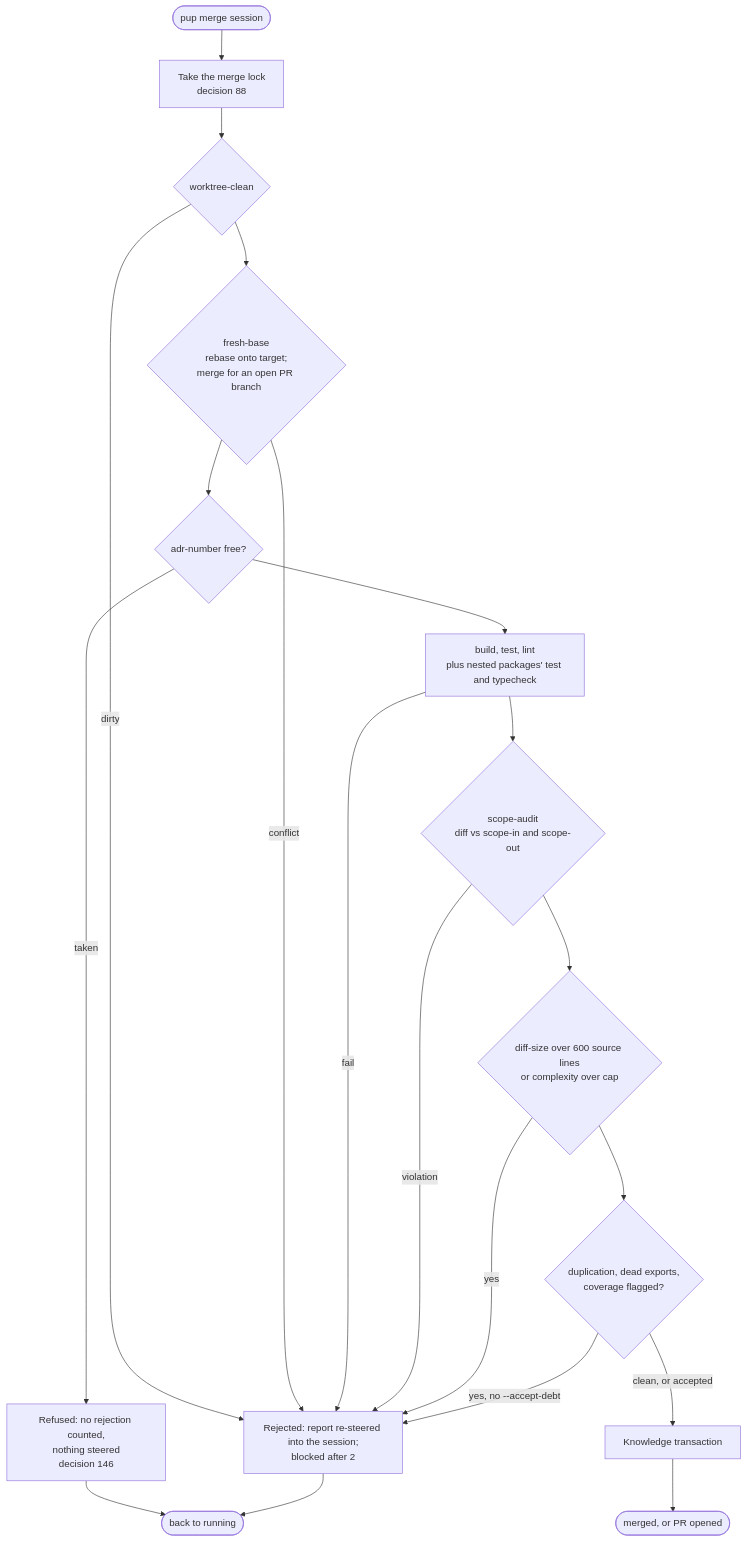
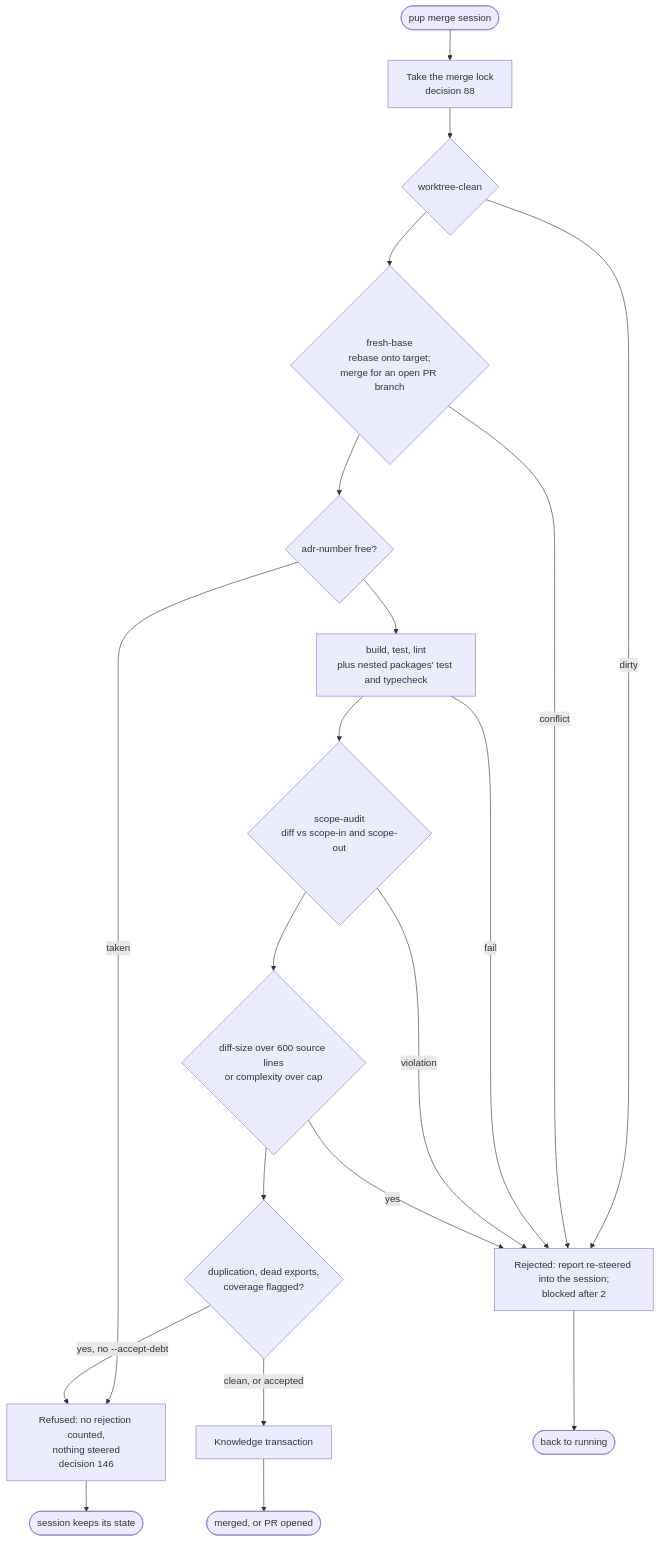
Before and after one commit to AlexisBalayre/pupitre: the first of 2 diagrams in docs/guide/gate-and-debt.md, drawn with Mermaid. The commit also changed 1 other file, not shown here.

Commit message:
docs(guide): the flagged-debt edge is a refusal that keeps the session's state; a blocked fix round returns to merged on kill

````diff
--- a/docs/guide/gate-and-debt.md
+++ b/docs/guide/gate-and-debt.md
@@ -9,22 +9,22 @@
 ```mermaid
 flowchart TD
   start([pup merge session]) --> lock[Take the merge lock<br/>decision 88]
   lock --> clean{worktree-clean}
   clean -->|dirty| rej
   clean --> base{fresh-base<br/>rebase onto target;<br/>merge for an open PR branch}
   base -->|conflict| rej
   base --> adr{adr-number free?}
   adr -->|taken| refuse[Refused: no rejection counted,<br/>nothing steered<br/>decision 146]
   adr --> hard[build, test, lint<br/>plus nested packages' test and typecheck]
   hard -->|fail| rej
   hard --> scope{scope-audit<br/>diff vs scope-in and scope-out}
   scope -->|violation| rej
   scope --> caps{diff-size over 600 source lines<br/>or complexity over cap}
   caps -->|yes| rej
   caps --> soft{duplication, dead exports,<br/>coverage flagged?}
-  soft -->|yes, no --accept-debt| rej
+  soft -->|yes, no --accept-debt| refuse
   soft -->|clean, or accepted| kt[Knowledge transaction]
   kt --> out([merged, or PR opened])
-  refuse --> endr
+  refuse --> kept([session keeps its state])
   rej[Rejected: report re-steered into the session;<br/>blocked after 2] --> endr([back to running])
 ```
````
